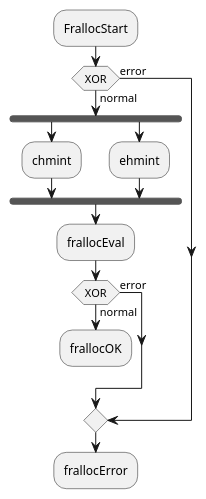
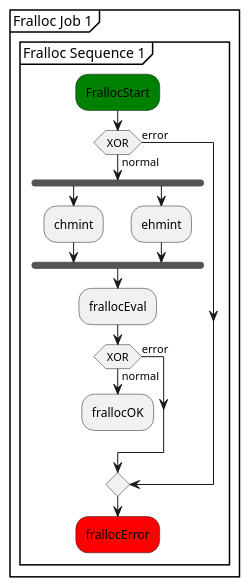
Before and after one commit to xtuml/munin: the diagram in models/SequenceVerificationDataCentric/puml/frallocPattern1.puml, drawn with PlantUML. The commit also changed 4 other files, not shown here.

```diff
--- a/models/SequenceVerificationDataCentric/puml/frallocPattern1.puml
+++ b/models/SequenceVerificationDataCentric/puml/frallocPattern1.puml
@@ -1,18 +1,23 @@
 @startuml
-:FrallocStart;
-if (XOR) then (normal)
-  fork
-    :chmint;
-  fork again
-    :ehmint;
-  end fork
-  :frallocEval;
-  if (XOR) then (normal)
-    :frallocOK;
-    detach
-  else (error)
-  endif;
-else (error)
-endif    
-  :frallocError;
+partition "Fralloc Job 1" {
+  group "Fralloc Sequence 1"
+
+    #green:FrallocStart;
+    if (XOR) then (normal)
+      fork
+        :chmint;
+      fork again
+        :ehmint;
+      end fork
+      :frallocEval;
+      if (XOR) then (normal)
+        :frallocOK;
+        detach
+      else (error)
+      endif;
+    else (error)
+    endif    
+    #red:frallocError;
+  end group 
+}
 @enduml
```
